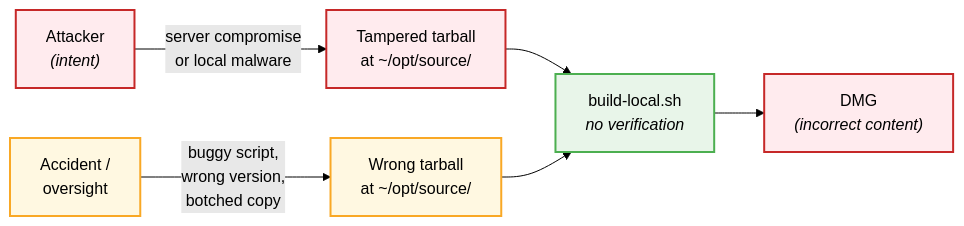
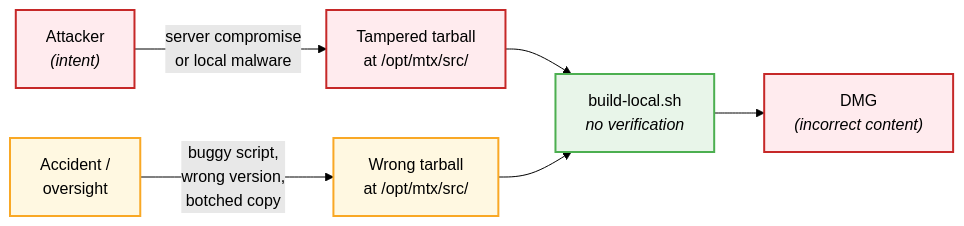
The first of 6 diagrams in docs/tarball-verification.md (CorticalCode/mkvtoolnix-gui-macos), drawn with Mermaid (forest theme) before and after one commit. The commit also changed other lines of this file and 7 other files, not shown here.

````diff
--- a/docs/tarball-verification.md
+++ b/docs/tarball-verification.md
@@ -27,25 +27,25 @@
 ```mermaid
 flowchart LR
     Att["Attacker<br/><i>(intent)</i>"]
     Acc["Accident /<br/>oversight"]
 
-    Tam["Tampered tarball<br/>at ~/opt/source/"]
-    Wrong["Wrong tarball<br/>at ~/opt/source/"]
+    Tam["Tampered tarball<br/>at /opt/mtx/src/"]
+    Wrong["Wrong tarball<br/>at /opt/mtx/src/"]
 
     B["build-local.sh<br/><i>no verification</i>"]
     D["DMG<br/><i>(incorrect content)</i>"]
 
     Att -->|"server compromise<br/>or local malware"| Tam
     Acc -->|"buggy script,<br/>wrong version,<br/>botched copy"| Wrong
 
     Tam --> B
     Wrong --> B
     B --> D
 
     style Att fill:#ffebee,stroke:#c62828,stroke-width:2px,color:#000
     style Acc fill:#fff8e1,stroke:#f9a825,stroke-width:2px,color:#000
     style Tam fill:#ffebee,stroke:#c62828,stroke-width:2px,color:#000
     style Wrong fill:#fff8e1,stroke:#f9a825,stroke-width:2px,color:#000
     style B fill:#e8f5e9,stroke:#4caf50,stroke-width:2px,color:#000
     style D fill:#ffebee,stroke:#c62828,stroke-width:2px,color:#000
 ```
````
